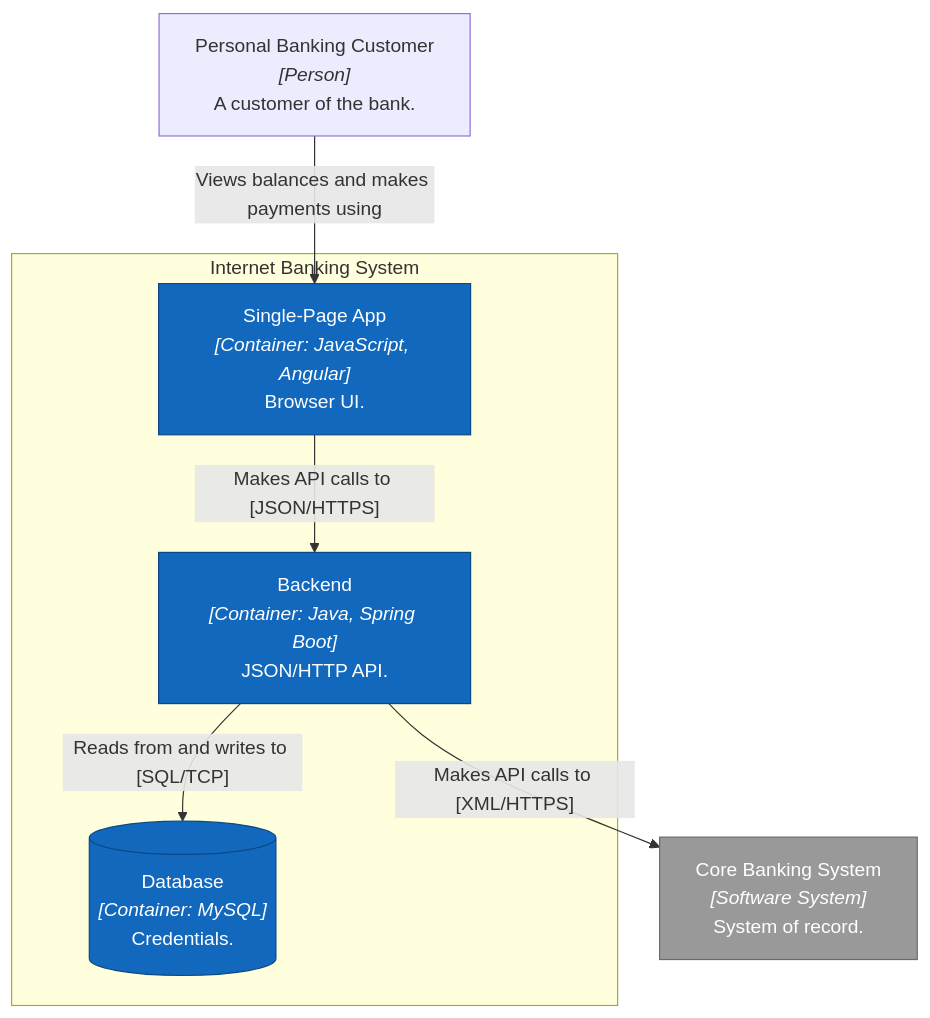
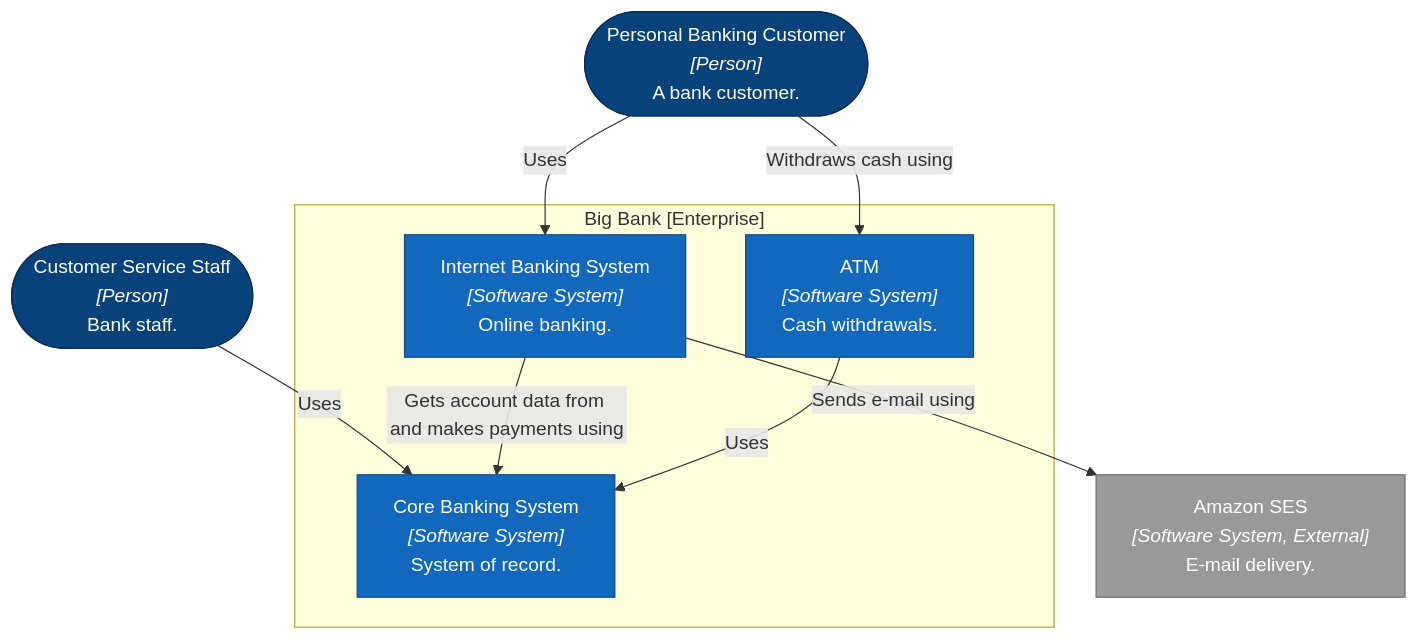
One commit to pchalupa/skills changed the sixth of 6 diagrams in c4-diagrams/references/mermaid-flowchart-c4.md. Above: the diagram before and after it, drawn with Mermaid. The commit also changed other lines of this file and 4 other files, not shown here.

````diff
--- a/c4-diagrams/references/mermaid-flowchart-c4.md
+++ b/c4-diagrams/references/mermaid-flowchart-c4.md
@@ -306,22 +329,27 @@
 ```mermaid
 flowchart TB
-    customer["Personal Banking Customer<br/><i>[Person]</i><br/>A customer of the bank."]
+    customer(["Personal Banking Customer<br/><i>[Person]</i><br/>A bank customer."])
+    staff(["Customer Service Staff<br/><i>[Person]</i><br/>Bank staff."])
 
-    subgraph ib["Internet Banking System"]
-        spa["Single-Page App<br/><i>[Container: JavaScript, Angular]</i><br/>Browser UI."]
-        backend["Backend<br/><i>[Container: Java, Spring Boot]</i><br/>JSON/HTTP API."]
-        db[("Database<br/><i>[Container: MySQL]</i><br/>Credentials.")]
+    subgraph bank["Big Bank [Enterprise]"]
+        ib["Internet Banking System<br/><i>[Software System]</i><br/>Online banking."]
+        atm["ATM<br/><i>[Software System]</i><br/>Cash withdrawals."]
+        core["Core Banking System<br/><i>[Software System]</i><br/>System of record."]
     end
 
-    core["Core Banking System<br/><i>[Software System]</i><br/>System of record."]
+    ses["Amazon SES<br/><i>[Software System, External]</i><br/>E-mail delivery."]
 
-    customer -->|"Views balances and makes payments using"| spa
-    spa -->|"Makes API calls to [JSON/HTTPS]"| backend
-    backend -->|"Reads from and writes to [SQL/TCP]"| db
-    backend -->|"Makes API calls to [XML/HTTPS]"| core
+    customer -->|"Uses"| ib
+    customer -->|"Withdraws cash using"| atm
+    staff -->|"Uses"| core
+    ib -->|"Gets account data from and makes payments using"| core
+    atm -->|"Uses"| core
+    ib -->|"Sends e-mail using"| ses
 
+    classDef person fill:#08427b,color:#fff,stroke:#052e56;
     classDef system fill:#1168bd,color:#fff,stroke:#0b4884;
-    classDef ext fill:#999,color:#fff,stroke:#6b6b6b;
-    class spa,backend,db system;
-    class core ext;
+    classDef ext    fill:#999,color:#fff,stroke:#6b6b6b;
+    class customer,staff person;
+    class ib,atm,core system;
+    class ses ext;
 ```
````
